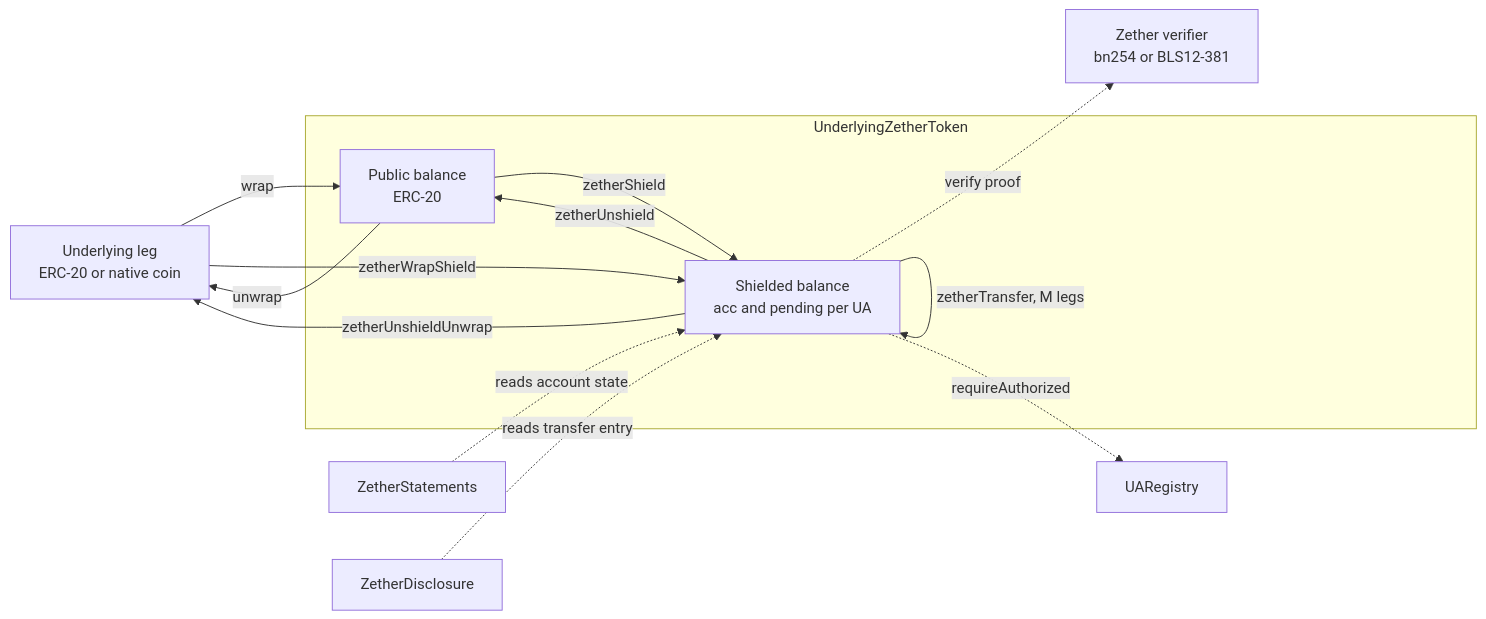
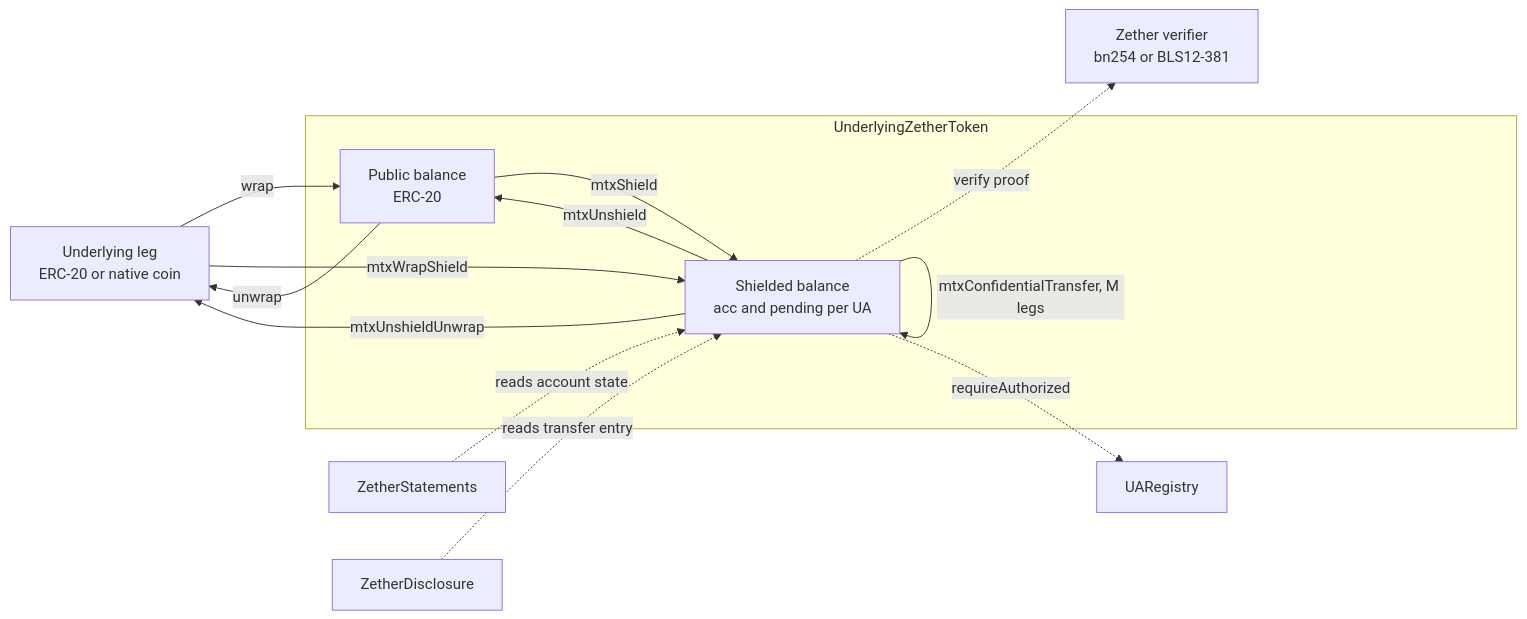
Before and after one commit to dinhduongha/scaas: the fifth of 12 diagrams in docs/architecture.md, drawn with Mermaid. The commit also changed other lines of this file and 12 other files, not shown here.

First line of the commit message:
5h final fix m4 + I2/I1/m3 docs: mtx* names, 5h gas numbers, Zether decoyFee as built, ACC_MARK, UA-5c status

````diff
--- a/docs/architecture.md
+++ b/docs/architecture.md
@@ -448,23 +448,23 @@
 ```mermaid
 flowchart LR
     U["Underlying leg<br/>ERC-20 or native coin"]
     subgraph TOK["UnderlyingZetherToken"]
         P["Public balance<br/>ERC-20"]
         S["Shielded balance<br/>acc and pending per UA"]
     end
     V["Zether verifier<br/>bn254 or BLS12-381"]
     R["UARegistry"]
     ST["ZetherStatements"]
     D["ZetherDisclosure"]
     U -->|"wrap"| P
     P -->|"unwrap"| U
-    P -->|"zetherShield"| S
-    S -->|"zetherUnshield"| P
-    U -->|"zetherWrapShield"| S
-    S -->|"zetherUnshieldUnwrap"| U
-    S -->|"zetherTransfer, M legs"| S
+    P -->|"mtxShield"| S
+    S -->|"mtxUnshield"| P
+    U -->|"mtxWrapShield"| S
+    S -->|"mtxUnshieldUnwrap"| U
+    S -->|"mtxConfidentialTransfer, M legs"| S
     S -.->|"verify proof"| V
     S -.->|"requireAuthorized"| R
     ST -.->|"reads account state"| S
     D -.->|"reads transfer entry"| S
 ```
````
